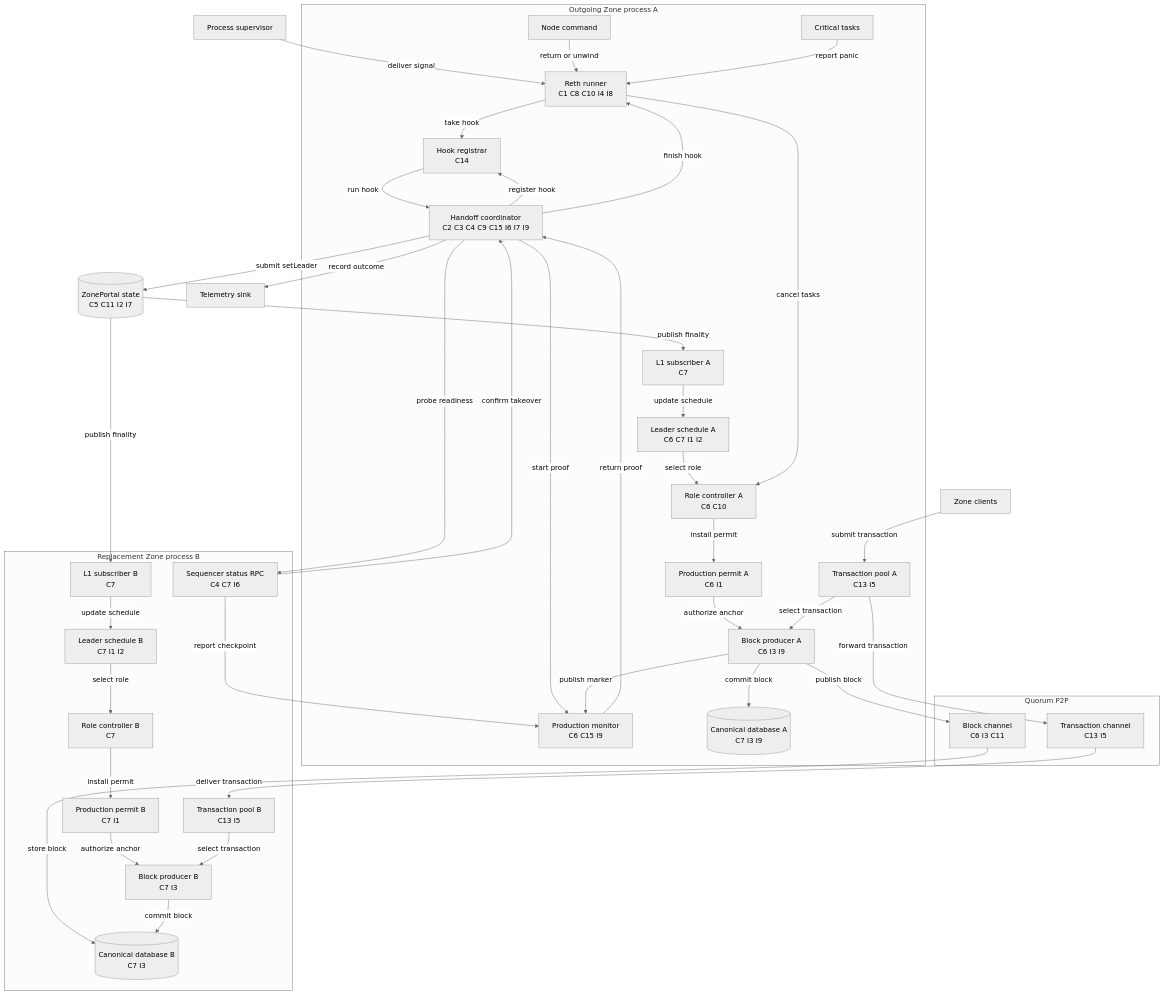
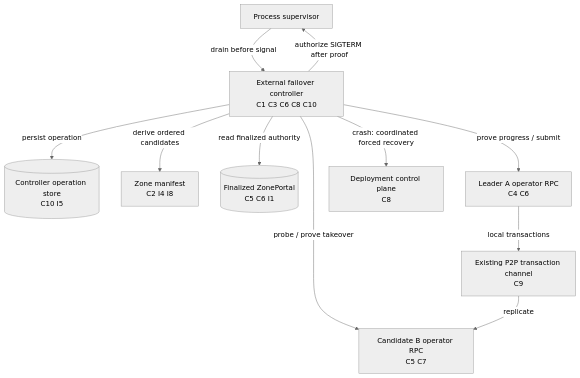
One commit to tempoxyz/zones changed the third of 5 diagrams in spt_automated_failover.md. Above: the diagram before and after it, drawn with Mermaid (neutral theme). The commit also changed other lines of this file, not shown here.

Commit message:
docs: move failover orchestration outside reth

````diff
--- a/spt_automated_failover.md
+++ b/spt_automated_failover.md
@@ -249,75 +192,23 @@
 ```mermaid
 flowchart TB
     supervisor["Process supervisor"]
-    clients["Zone clients"]
-    ops["Telemetry sink"]
-    portal[("ZonePortal state<br/>C5 C11 I2 I7")]
+    controller["External failover controller<br/>C1 C3 C6 C8 C10"]
+    state[("Controller operation store<br/>C10 I5")]
+    manifest["Zone manifest<br/>C2 I4 I8"]
+    portal[("Finalized ZonePortal<br/>C5 C6 I1")]
+    a["Leader A operator RPC<br/>C4 C6"]
+    b["Candidate B operator RPC<br/>C5 C7"]
+    deployment["Deployment control plane<br/>C8"]
+    txmesh["Existing P2P transaction channel<br/>C9"]
 
-    subgraph outgoing["Outgoing Zone process A"]
-        command["Node command"]
-        critical["Critical tasks"]
-        runner["Reth runner<br/>C1 C8 C10 I4 I8"]
-        registrar["Hook registrar<br/>C14"]
-        coordinator["Handoff coordinator<br/>C2 C3 C4 C9 C15 I6 I7 I9"]
-        viability["Production monitor<br/>C6 C15 I9"]
-        subscriber["L1 subscriber A<br/>C7"]
-        schedule["Leader schedule A<br/>C6 C7 I1 I2"]
-        roles["Role controller A<br/>C6 C10"]
-        permit["Production permit A<br/>C6 I1"]
-        pool["Transaction pool A<br/>C13 I5"]
-        engine["Block producer A<br/>C6 I3 I9"]
-        adb[("Canonical database A<br/>C7 I3 I9")]
-    end
-
-    subgraph network["Quorum P2P"]
-        txmesh["Transaction channel<br/>C13 I5"]
-        blockmesh["Block channel<br/>C6 I3 C11"]
-    end
-
-    subgraph replacement["Replacement Zone process B"]
-        status["Sequencer status RPC<br/>C4 C7 I6"]
-        bsubscriber["L1 subscriber B<br/>C7"]
-        bschedule["Leader schedule B<br/>C7 I1 I2"]
-        broles["Role controller B<br/>C7"]
-        bpermit["Production permit B<br/>C7 I1"]
-        bpool["Transaction pool B<br/>C13 I5"]
-        bengine["Block producer B<br/>C7 I3"]
-        bdb[("Canonical database B<br/>C7 I3")]
-    end
-
-    supervisor -->|"deliver signal"| runner
-    command -->|"return or unwind"| runner
-    critical -->|"report panic"| runner
-    coordinator -->|"register hook"| registrar
-    runner -->|"take hook"| registrar
-    registrar -->|"run hook"| coordinator
-    coordinator -->|"start proof"| viability
-    engine -->|"publish marker"| viability
-    status -->|"report checkpoint"| viability
-    viability -->|"return proof"| coordinator
-    coordinator -->|"probe readiness"| status
-    coordinator -->|"submit setLeader"| portal
-    portal -->|"publish finality"| subscriber
-    portal -->|"publish finality"| bsubscriber
-    subscriber -->|"update schedule"| schedule
-    bsubscriber -->|"update schedule"| bschedule
-    schedule -->|"select role"| roles
-    roles -->|"install permit"| permit
-    permit -->|"authorize anchor"| engine
-    bschedule -->|"select role"| broles
-    broles -->|"install permit"| bpermit
-    bpermit -->|"authorize anchor"| bengine
-    clients -->|"submit transaction"| pool
-    pool -->|"select transaction"| engine
-    pool -->|"forward transaction"| txmesh
-    txmesh -->|"deliver transaction"| bpool
-    bpool -->|"select transaction"| bengine
-    engine -->|"commit block"| adb
-    engine -->|"publish block"| blockmesh
-    blockmesh -->|"store block"| bdb
-    bengine -->|"commit block"| bdb
-    status -->|"confirm takeover"| coordinator
-    coordinator -->|"finish hook"| runner
-    runner -->|"cancel tasks"| roles
-    coordinator -->|"record outcome"| ops
+    supervisor -->|"drain before signal"| controller
+    controller -->|"persist operation"| state
+    controller -->|"derive ordered candidates"| manifest
+    controller -->|"read finalized authority"| portal
+    controller -->|"prove progress / submit"| a
+    controller -->|"probe / prove takeover"| b
+    controller -->|"authorize SIGTERM after proof"| supervisor
+    controller -->|"crash: coordinated forced recovery"| deployment
+    a -->|"local transactions"| txmesh
+    txmesh -->|"replicate"| b
 ```
````
